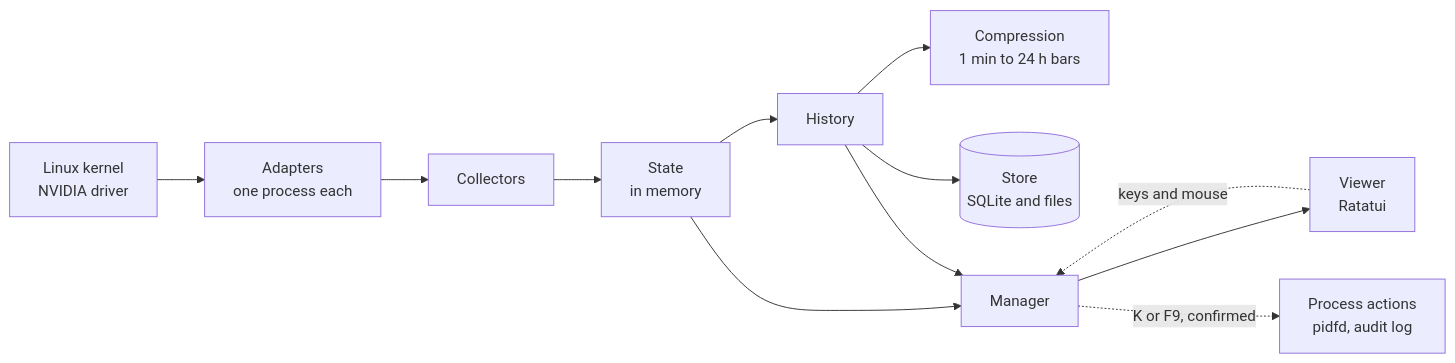
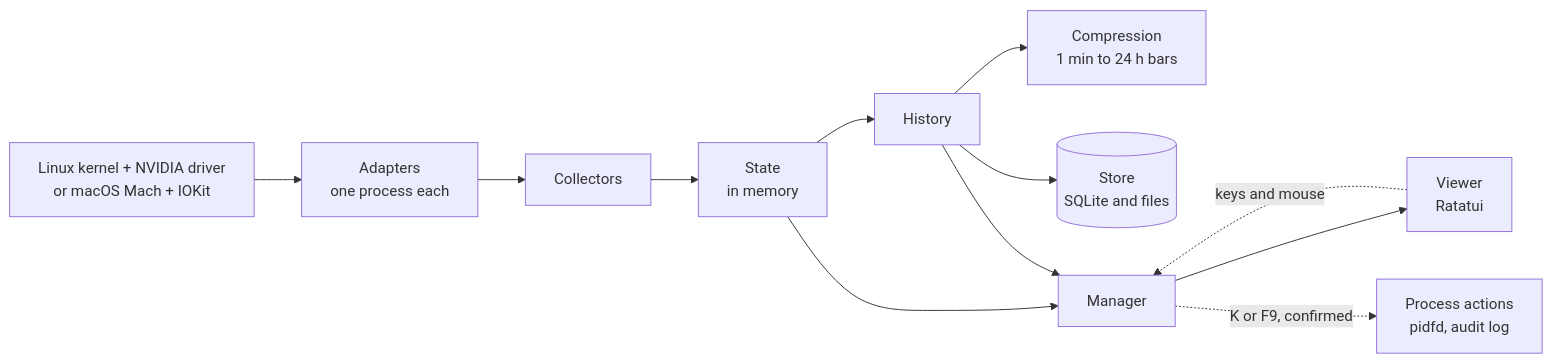
Before and after one commit to harishgovardhandamodar/FoxServicesTop: the diagram in README.md, drawn with Mermaid. The commit also changed other lines of this file and 43 other files, not shown here.

````diff
--- a/README.md
+++ b/README.md
@@ -200,14 +246,14 @@
 ```mermaid
 flowchart LR
-    kernel["Linux kernel<br/>NVIDIA driver"] --> adapters["Adapters<br/>one process each"]
+    kernel["Linux kernel + NVIDIA driver<br/>or macOS Mach + IOKit"] --> adapters["Adapters<br/>one process each"]
     adapters --> collectors[Collectors]
     collectors --> state["State<br/>in memory"]
     state --> history[History]
     history --> compression["Compression<br/>1 min to 24 h bars"]
     history --> store[("Store<br/>SQLite and files")]
     state --> manager[Manager]
     history --> manager
     manager --> viewer["Viewer<br/>Ratatui"]
     viewer -. keys and mouse .-> manager
     manager -. K or F9, confirmed .-> actions["Process actions<br/>pidfd, audit log"]
 ```
````
